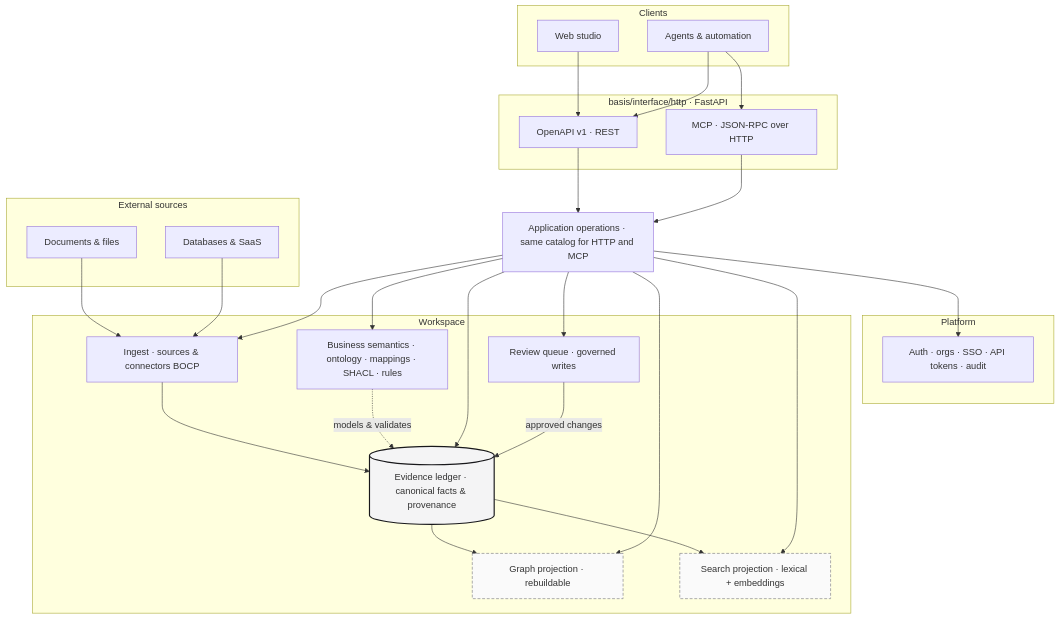
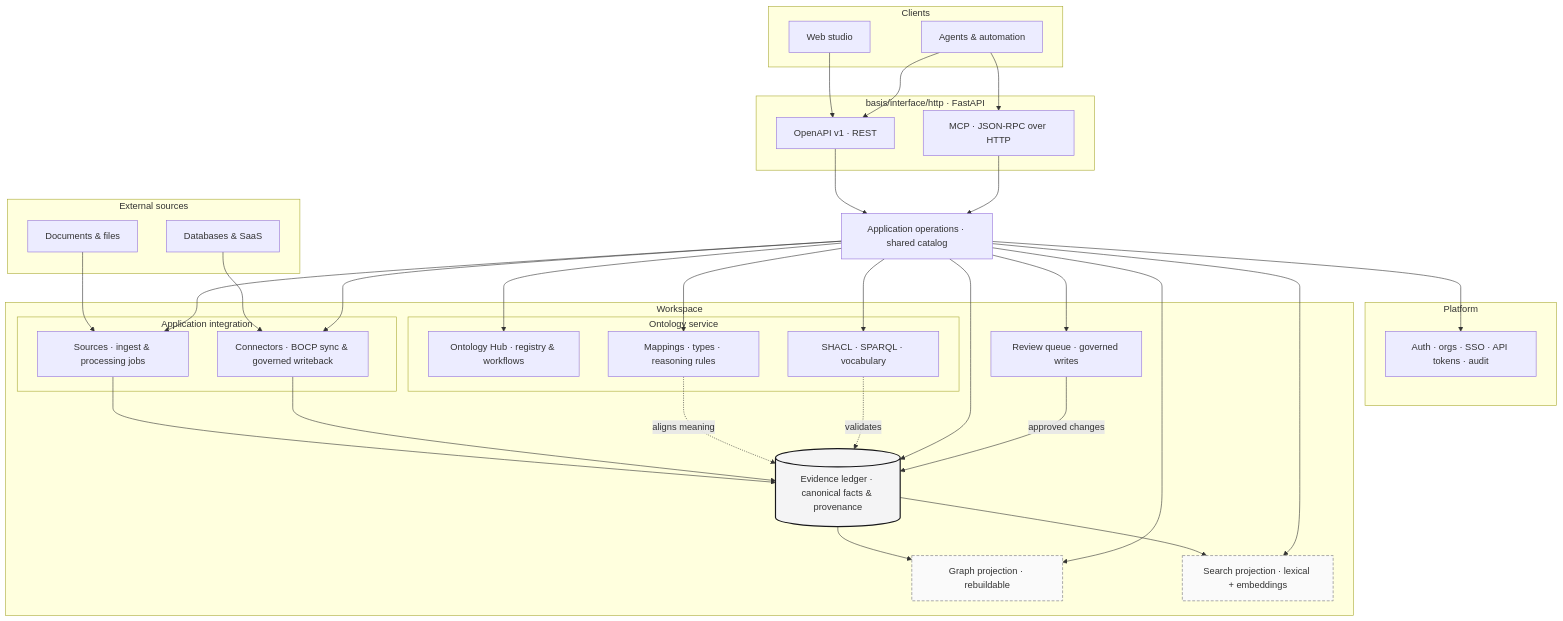
One commit to FellowOS/basis changed the diagram in assets/architecture.mmd. Above: the diagram before and after it, drawn with Mermaid. The commit also changed 2 other files, not shown here.

Commit message:
docs: split architecture diagram into integration and ontology pillars
Highlight application integration (sources, BOCP connectors) and ontology service (Hub, SHACL/SPARQL, mappings) as distinct workspace capabilities.

```diff
--- a/assets/architecture.mmd
+++ b/assets/architecture.mmd
@@ -1,58 +1,72 @@
 %% Canonical diagram — keep in sync with README Features / 能力概览 mermaid blocks.
 
 flowchart TB
   subgraph external["External sources"]
     docs["Documents & files"]
     systems["Databases & SaaS"]
   end
 
   subgraph clients["Clients"]
     studio["Web studio"]
     agents["Agents & automation"]
   end
 
   subgraph apiLayer["basis/interface/http · FastAPI"]
     rest["OpenAPI v1 · REST"]
     mcp["MCP · JSON-RPC over HTTP"]
   end
 
-  ops["Application operations · same catalog for HTTP and MCP"]
+  ops["Application operations · shared catalog"]
 
   subgraph platform["Platform"]
     plat["Auth · orgs · SSO · API tokens · audit"]
   end
 
   subgraph workspace["Workspace"]
-    ingest["Ingest · sources & connectors BOCP"]
-    sem["Business semantics · ontology · mappings · SHACL · rules"]
+    subgraph integration["Application integration"]
+      sources["Sources · ingest & processing jobs"]
+      conn["Connectors · BOCP sync & governed writeback"]
+    end
+
+    subgraph ontologySvc["Ontology service"]
+      hub["Ontology Hub · registry & workflows"]
+      govern["SHACL · SPARQL · vocabulary"]
+      maps["Mappings · types · reasoning rules"]
+    end
+
     ledger[("Evidence ledger · canonical facts & provenance")]
     review["Review queue · governed writes"]
     graphProj["Graph projection · rebuildable"]
     searchProj["Search projection · lexical + embeddings"]
   end
 
-  docs --> ingest
-  systems --> ingest
-  ingest --> ledger
-  sem -.->|"models & validates"| ledger
+  docs --> sources
+  systems --> conn
+  sources --> ledger
+  conn --> ledger
+  maps -.->|"aligns meaning"| ledger
+  govern -.->|"validates"| ledger
   ledger --> graphProj
   ledger --> searchProj
 
   studio --> rest
   agents --> rest
   agents --> mcp
   rest --> ops
   mcp --> ops
   ops --> plat
-  ops --> ingest
-  ops --> sem
+  ops --> sources
+  ops --> conn
+  ops --> hub
+  ops --> govern
+  ops --> maps
   ops --> ledger
   ops --> graphProj
   ops --> searchProj
   ops --> review
   review -->|"approved changes"| ledger
 
   classDef canonical fill:#f4f4f5,stroke:#18181b,stroke-width:2px
   classDef projection fill:#fafafa,stroke:#71717a,stroke-dasharray: 5 3
   class ledger canonical
   class graphProj,searchProj projection
```
